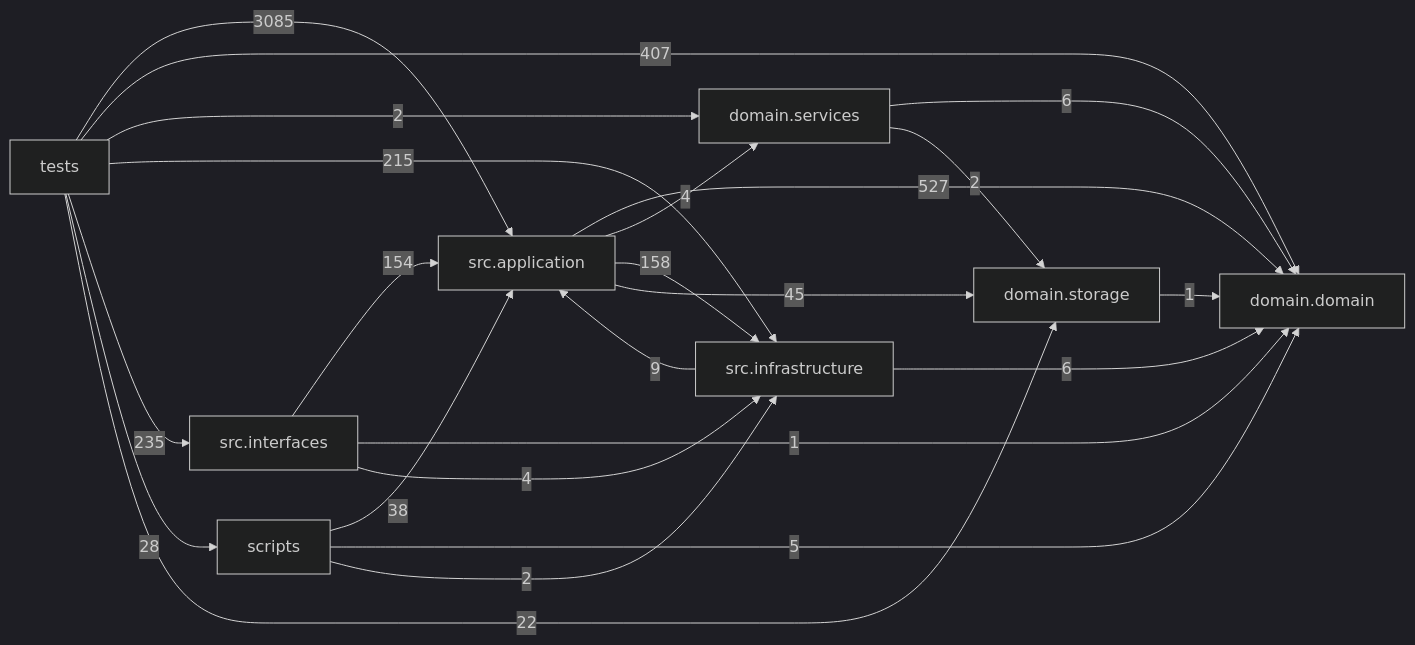
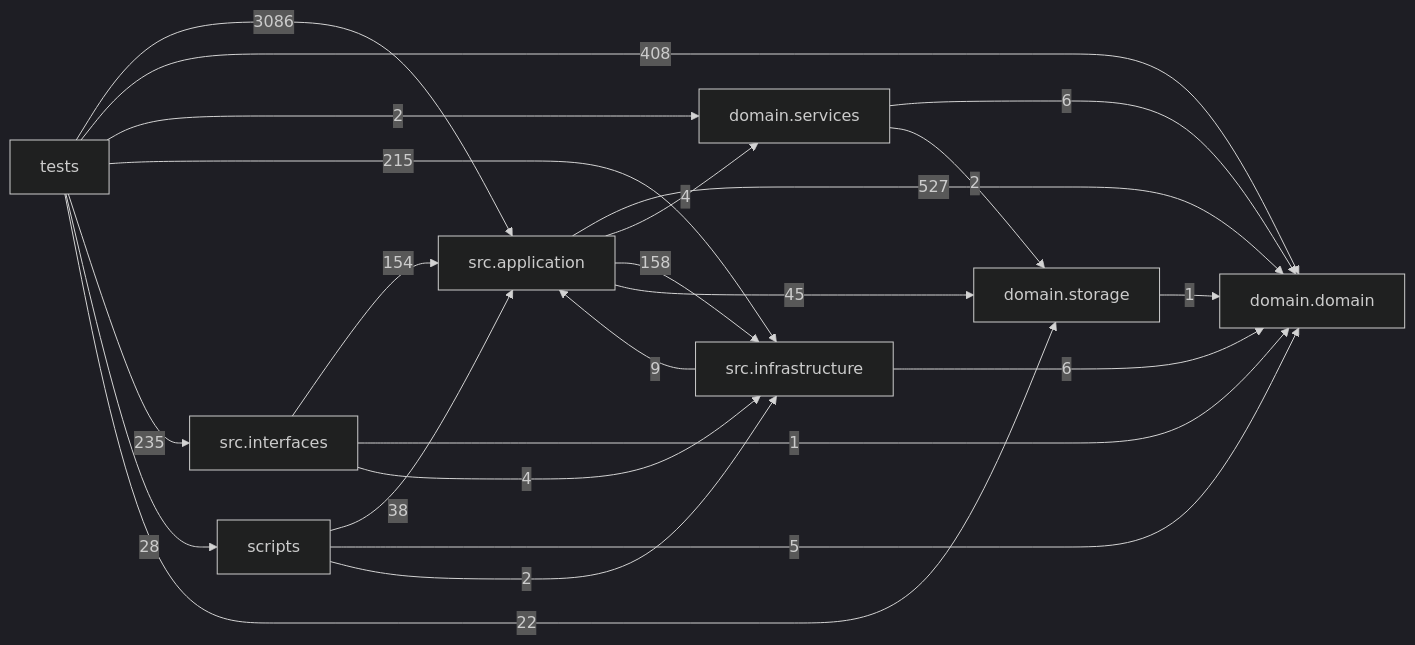
Before and after one commit to liuxie066/options-monitor: the diagram in docs/DEPENDENCY_GRAPH.md, drawn with Mermaid (dark theme). The commit also changed other lines of this file, not shown here.

Commit message:
docs(graph): refresh dependency counts for close-advice regression

````diff
--- a/docs/DEPENDENCY_GRAPH.md
+++ b/docs/DEPENDENCY_GRAPH.md
@@ -24,33 +24,33 @@
 ```mermaid
 flowchart LR
   tests["tests"]
   scripts["scripts"]
   interfaces["src.interfaces"]
   application["src.application"]
   infrastructure["src.infrastructure"]
   domain_services["domain.services"]
   domain["domain.domain"]
   storage["domain.storage"]
   application -->|527| domain
   application -->|4| domain_services
   application -->|158| infrastructure
   application -->|45| storage
   domain_services -->|6| domain
   domain_services -->|2| storage
   infrastructure -->|9| application
   infrastructure -->|6| domain
   interfaces -->|154| application
   interfaces -->|1| domain
   interfaces -->|4| infrastructure
   scripts -->|38| application
   scripts -->|5| domain
   scripts -->|2| infrastructure
   storage -->|1| domain
-  tests -->|3085| application
-  tests -->|407| domain
+  tests -->|3086| application
+  tests -->|408| domain
   tests -->|2| domain_services
   tests -->|215| infrastructure
   tests -->|235| interfaces
   tests -->|28| scripts
   tests -->|22| storage
 ```
````
